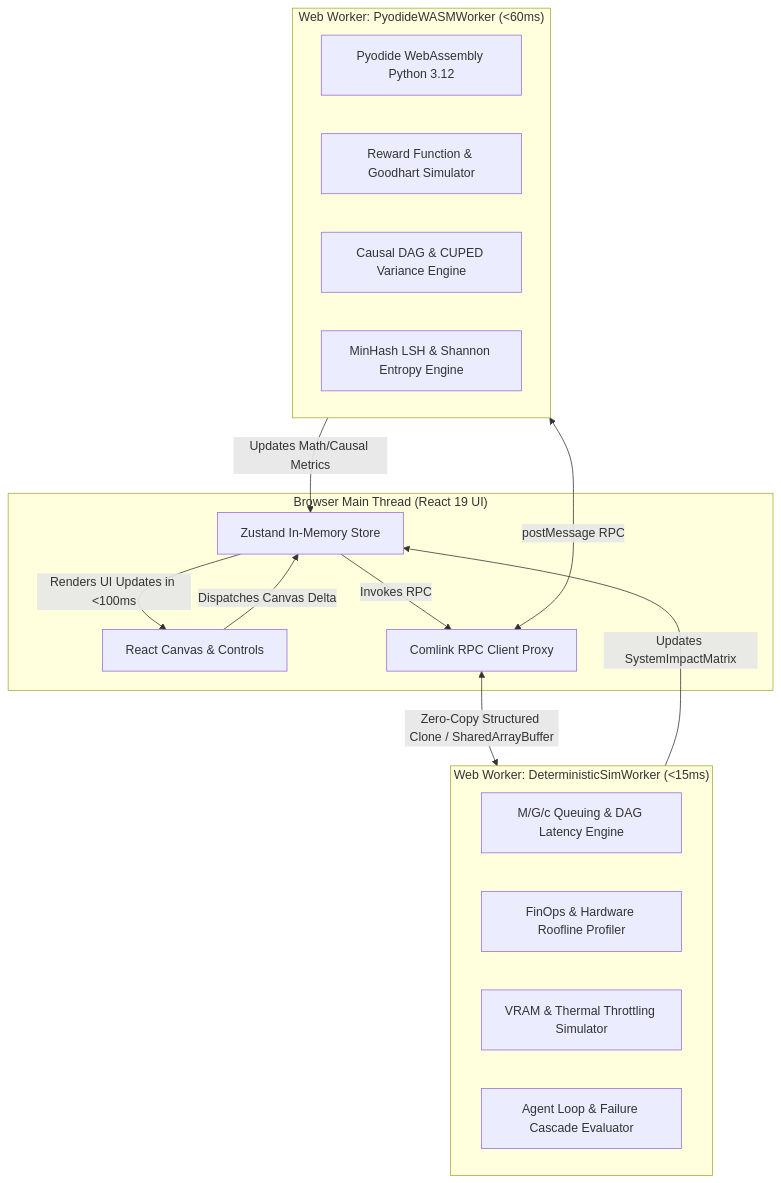
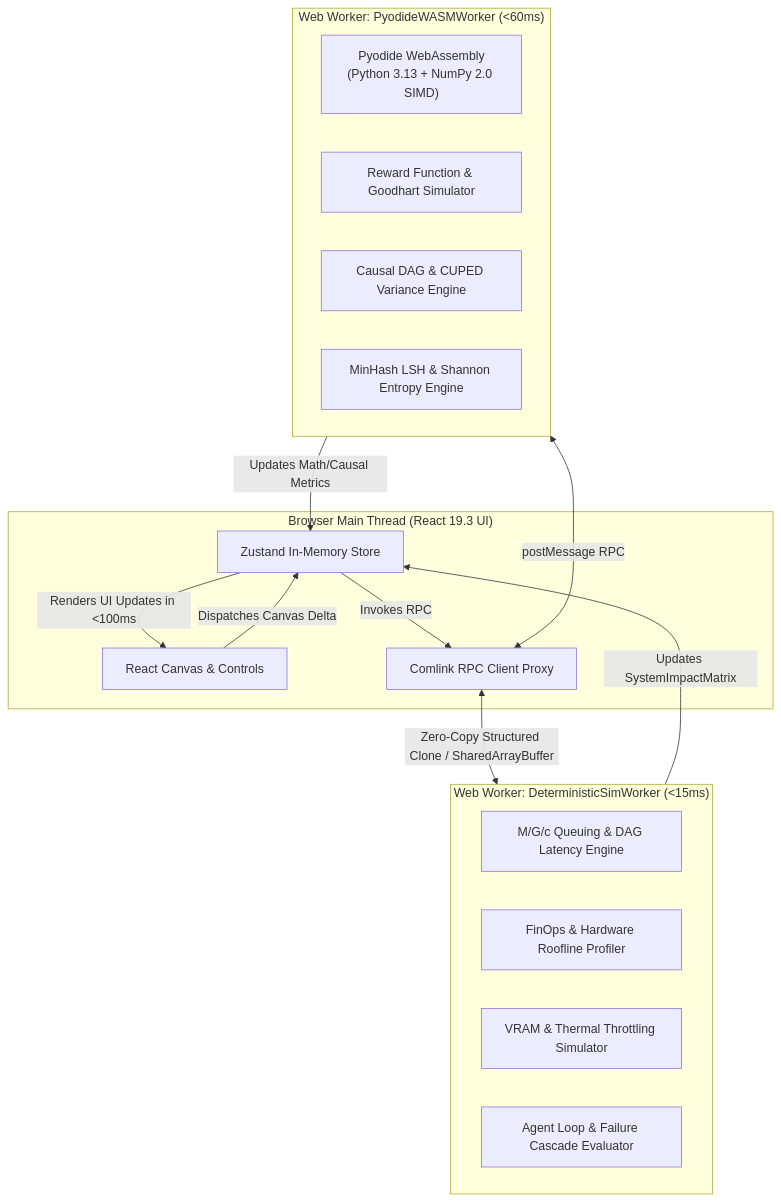
The first of 4 diagrams in documentation/design/detailed/03_deterministic_simulation_and_worker_engine.md (Strider221B/ml-sys-design), drawn with Mermaid before and after one commit. The commit also changed other lines of this file and 39 other files, not shown here.

````diff
--- a/documentation/design/detailed/03_deterministic_simulation_and_worker_engine.md
+++ b/documentation/design/detailed/03_deterministic_simulation_and_worker_engine.md
@@ -16,30 +16,30 @@
 ```mermaid
 graph TB
-    subgraph Main_Thread["Browser Main Thread (React 19 UI)"]
+    subgraph Main_Thread["Browser Main Thread (React 19.3 UI)"]
         UI["React Canvas & Controls"]
         Store["Zustand In-Memory Store"]
         ComlinkClient["Comlink RPC Client Proxy"]
     end
 
     subgraph Worker_Thread_1["Web Worker: DeterministicSimWorker (<15ms)"]
         QueuingEngine["M/G/c Queuing & DAG Latency Engine"]
         FinOpsEngine["FinOps & Hardware Roofline Profiler"]
         QuantEngine["VRAM & Thermal Throttling Simulator"]
         ChaosSim["Agent Loop & Failure Cascade Evaluator"]
     end
 
     subgraph Worker_Thread_2["Web Worker: PyodideWASMWorker (<60ms)"]
-        PyodideCore["Pyodide WebAssembly Python 3.12"]
+        PyodideCore["Pyodide WebAssembly\n(Python 3.13 + NumPy 2.0 SIMD)"]
         RewardSandbox["Reward Function & Goodhart Simulator"]
         CausalEngine["Causal DAG & CUPED Variance Engine"]
         EntropyAuditor["MinHash LSH & Shannon Entropy Engine"]
     end
 
     UI -->|Dispatches Canvas Delta| Store
     Store -->|Invokes RPC| ComlinkClient
     ComlinkClient <-->|Zero-Copy Structured Clone / SharedArrayBuffer| Worker_Thread_1
     ComlinkClient <-->|postMessage RPC| Worker_Thread_2
     Worker_Thread_1 -->|Updates SystemImpactMatrix| Store
     Worker_Thread_2 -->|Updates Math/Causal Metrics| Store
     Store -->|Renders UI Updates in <100ms| UI
 ```
````
